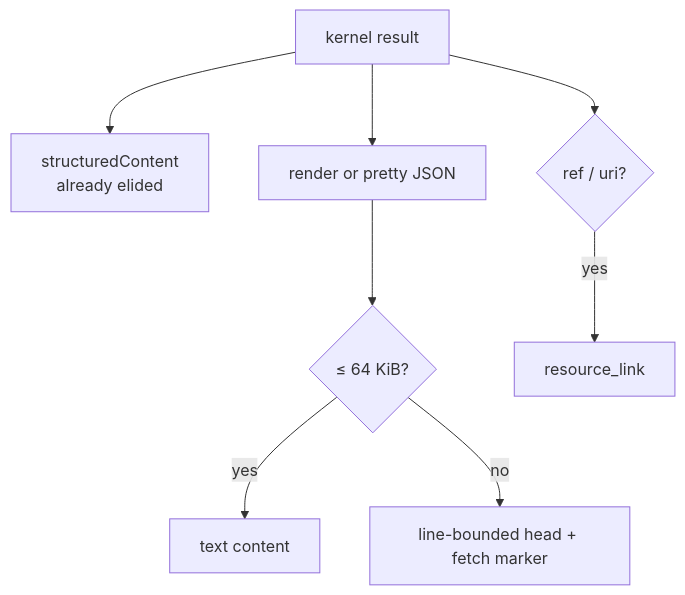
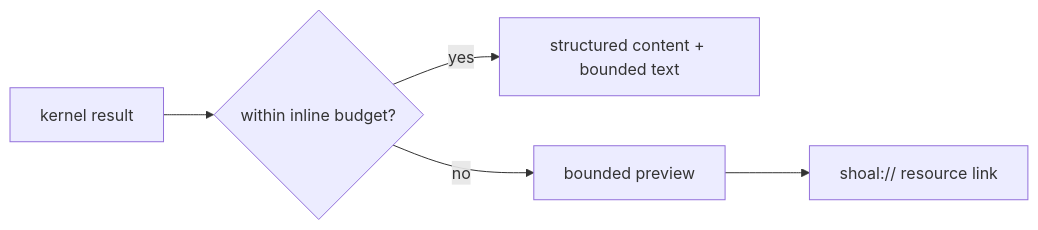
One commit to alliecatowo/shoal changed the second of 3 diagrams in site/content/internals/agent-mcp.md. Above: the diagram before and after it, drawn with Mermaid. The commit also changed other lines of this file and 70 other files, not shown here.

Commit message:
docs: refine manual and architecture visuals

````diff
--- a/site/content/internals/agent-mcp.md
+++ b/site/content/internals/agent-mcp.md
@@ -101,10 +91,9 @@
 ```mermaid
-flowchart TD
-  Kernel["kernel result"] --> Structured["structuredContent\nalready elided"]
-  Kernel --> Text["render or pretty JSON"]
-  Text --> Cap{"≤ 64 KiB?"}
-  Cap -->|yes| Inline["text content"]
-  Cap -->|no| Head["line-bounded head + fetch marker"]
-  Kernel --> URI{"ref / uri?"}
-  URI -->|yes| Link["resource_link"]
+flowchart LR
+accTitle: Bounded agent context
+accDescr: Kernel results stay bounded inline and expose a resource link whenever the complete value must be fetched separately.
+  Kernel["kernel result"] --> Budget{"within inline budget?"}
+  Budget -->|yes| Inline["structured content + bounded text"]
+  Budget -->|no| Preview["bounded preview"]
+  Preview --> Link["shoal:// resource link"]
 ```
````
